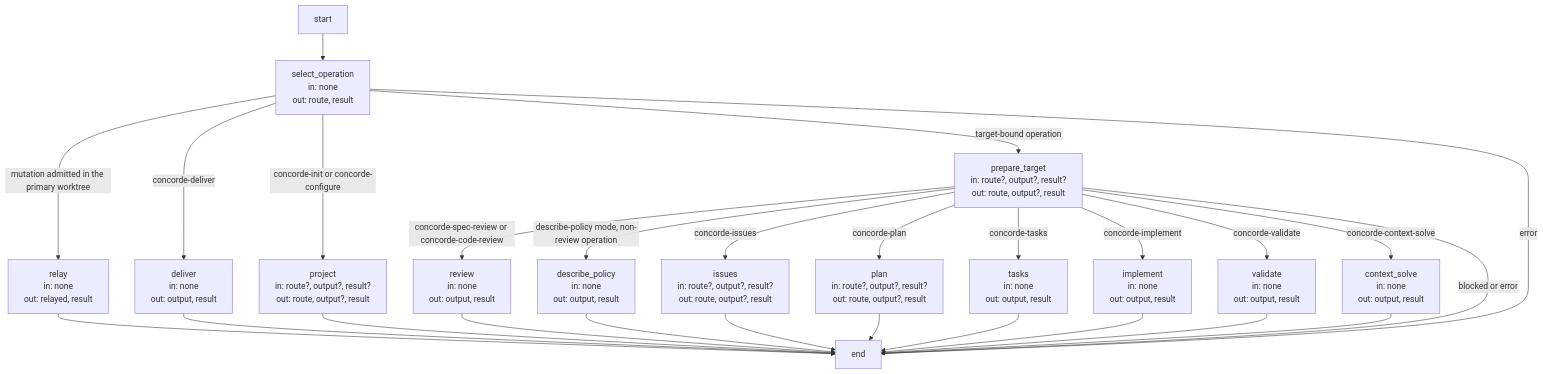
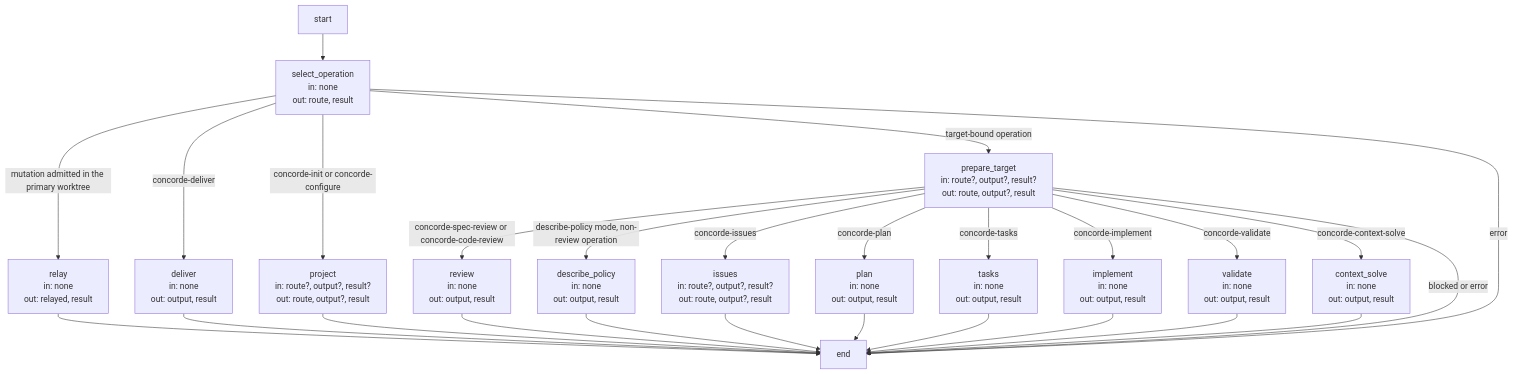
The first of 2 diagrams in specs/concorde/operations/execution-reference.md (FTOD/concorde), drawn with Mermaid before and after one commit. The commit also changed other lines of this file and 68 other files, not shown here.

````diff
--- a/specs/concorde/operations/execution-reference.md
+++ b/specs/concorde/operations/execution-reference.md
@@ -238,47 +238,47 @@
 ```mermaid
 flowchart TB
     %% graph: dispatch_graph
     accTitle: Operation dispatch Graph
     accDescr: The admitted operation selects one entry leaf, or target admission first and then one bound leaf; every leaf ends the Graph with its typed output.
     __start__["start"]
     select_operation["select_operation<br/>in: none<br/>out: route, result"]
     relay["relay<br/>in: none<br/>out: relayed, result"]
     prepare_target["prepare_target<br/>in: route?, output?, result?<br/>out: route, output?, result"]
     deliver["deliver<br/>in: none<br/>out: output, result"]
     project["project<br/>in: route?, output?, result?<br/>out: route, output?, result"]
     review["review<br/>in: none<br/>out: output, result"]
     describe_policy["describe_policy<br/>in: none<br/>out: output, result"]
     issues["issues<br/>in: route?, output?, result?<br/>out: route, output?, result"]
-    plan["plan<br/>in: route?, output?, result?<br/>out: route, output?, result"]
+    plan["plan<br/>in: none<br/>out: output, result"]
     tasks["tasks<br/>in: none<br/>out: output, result"]
     implement["implement<br/>in: none<br/>out: output, result"]
     validate["validate<br/>in: none<br/>out: output, result"]
     context_solve["context_solve<br/>in: none<br/>out: output, result"]
     __end__["end"]
     __start__ --> select_operation
     select_operation -->|mutation admitted in the primary worktree| relay
     select_operation -->|concorde-deliver| deliver
     select_operation -->|concorde-init or concorde-configure| project
     select_operation -->|target-bound operation| prepare_target
     select_operation -->|error| __end__
     prepare_target -->|concorde-spec-review or concorde-code-review| review
     prepare_target -->|describe-policy mode, non-review operation| describe_policy
     prepare_target -->|concorde-issues| issues
     prepare_target -->|concorde-plan| plan
     prepare_target -->|concorde-tasks| tasks
     prepare_target -->|concorde-implement| implement
     prepare_target -->|concorde-validate| validate
     prepare_target -->|concorde-context-solve| context_solve
     prepare_target -->|blocked or error| __end__
     relay --> __end__
     deliver --> __end__
     project --> __end__
     review --> __end__
     describe_policy --> __end__
     issues --> __end__
     plan --> __end__
     tasks --> __end__
     implement --> __end__
     validate --> __end__
     context_solve --> __end__
 ```
````
